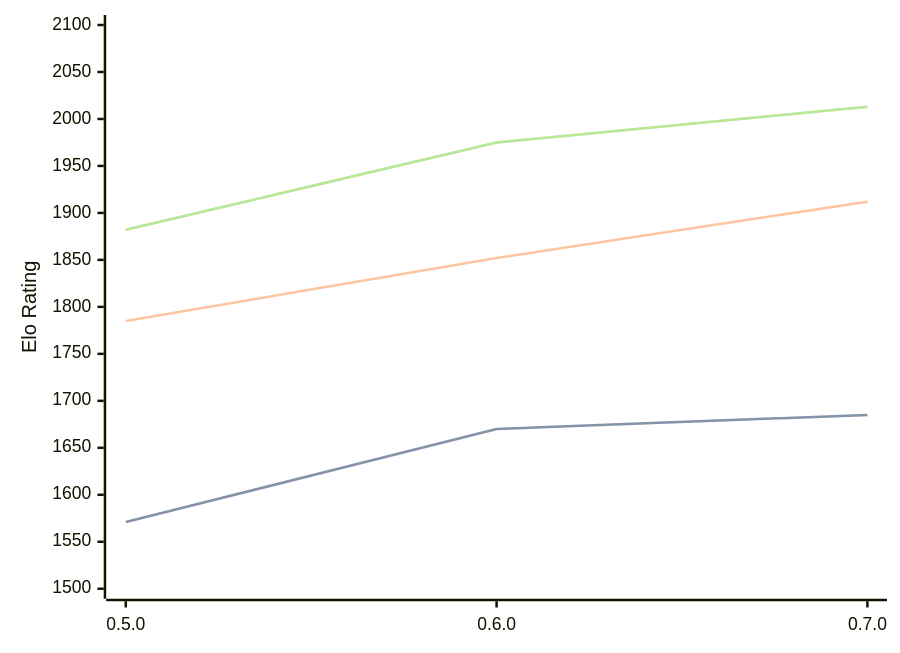
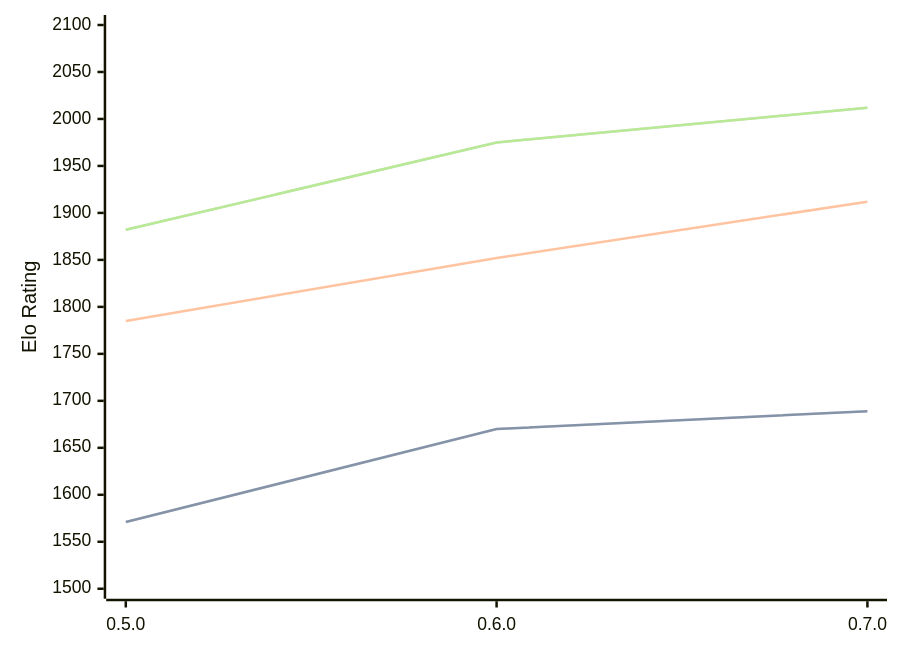
The third of 3 diagrams in engines/Chess-rs.md (computer-chess-index/cci), drawn with Mermaid before and after one commit. The commit also changed other lines of this file, not shown here.

Commit message:
Update CCI Ratings (ELO VLTC) - 2026-07-14

````diff
--- a/engines/Chess-rs.md
+++ b/engines/Chess-rs.md
@@ -74,11 +74,11 @@
 ```mermaid
 %%{init: {"theme":"base","themeVariables":{"seriesColors:['#a3a3a3','#222221','#faa371']}}}%%
 xychart-beta
   x-axis ["0.5.0", "0.6.0", "0.7.0"]
   y-axis "Elo Rating" 1500 --> 2100
-  line "STC (8.0+0.08s)" [1571, 1670, 1685]
-  line "STC (8.0+0.08s)" [1571, 1670, 1685]
+  line "STC (8.0+0.08s)" [1571, 1670, 1689]
+  line "STC (8.0+0.08s)" [1571, 1670, 1689]
   line "LTC (60.0+0.60s)" [1785, 1852, 1912]
-  line "VLTC (2m24s+1.12s)" [1882, 1975, 2013]
-  line "VLTC (2m24s+1.12s)" [1882, 1975, 2013]
+  line "VLTC (2m24s+1.12s)" [1882, 1975, 2012]
+  line "VLTC (2m24s+1.12s)" [1882, 1975, 2012]
 ```
````
